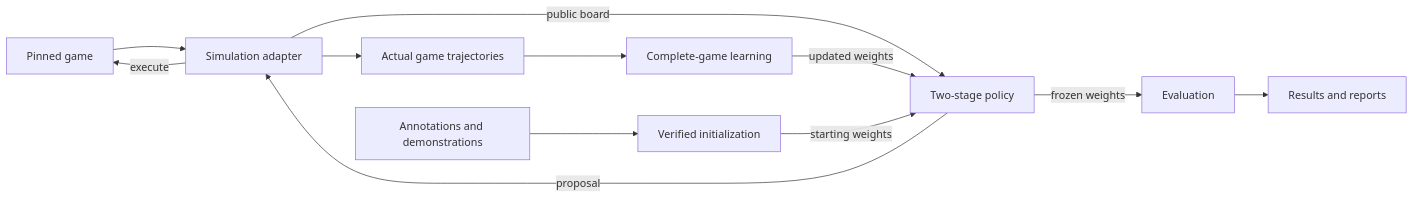
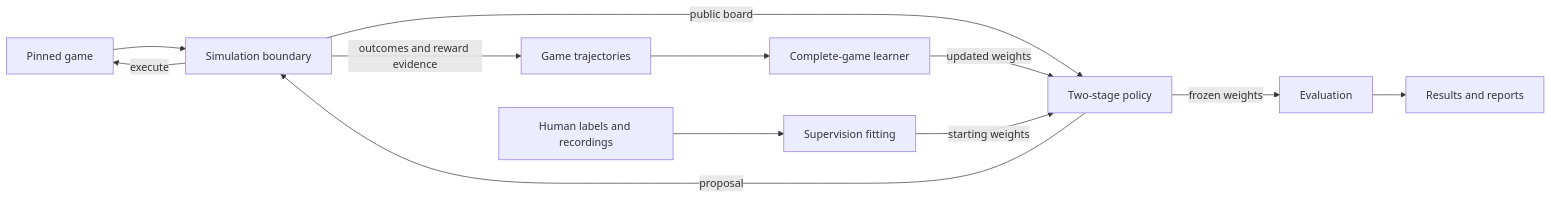
The first of 2 diagrams in docs/architecture.md (Comb1e/RL-Pvz), drawn with Mermaid before and after one commit. The commit also changed other lines of this file, not shown here.

Commit message:
docs(architecture): refresh current system overview

````diff
--- a/docs/architecture.md
+++ b/docs/architecture.md
@@ -24,14 +24,14 @@
 ```mermaid
 flowchart LR
-    Game[Pinned game] --> World[Simulation adapter]
-    World -->|public board| Policy[Two-stage policy]
-    Policy -->|proposal| World
-    World -->|execute| Game
-    World --> Trajectory[Actual game trajectories]
-    Trajectory --> Learn[Complete-game learning]
-    Learn -->|updated weights| Policy
-    Human[Annotations and demonstrations] --> Init[Verified initialization]
-    Init -->|starting weights| Policy
-    Policy -->|frozen weights| Evaluate[Evaluation]
-    Evaluate --> Evidence[Results and reports]
+    Game[Pinned game] --> Adapter[Simulation boundary]
+    Adapter -->|public board| Policy[Two-stage policy]
+    Policy -->|proposal| Adapter
+    Adapter -->|execute| Game
+    Adapter -->|outcomes and reward evidence| Experience[Game trajectories]
+    Experience --> Learner[Complete-game learner]
+    Learner -->|updated weights| Policy
+    Human[Human labels and recordings] --> Supervision[Supervision fitting]
+    Supervision -->|starting weights| Policy
+    Policy -->|frozen weights| Evaluation[Evaluation]
+    Evaluation --> Results[Results and reports]
 ```
````
